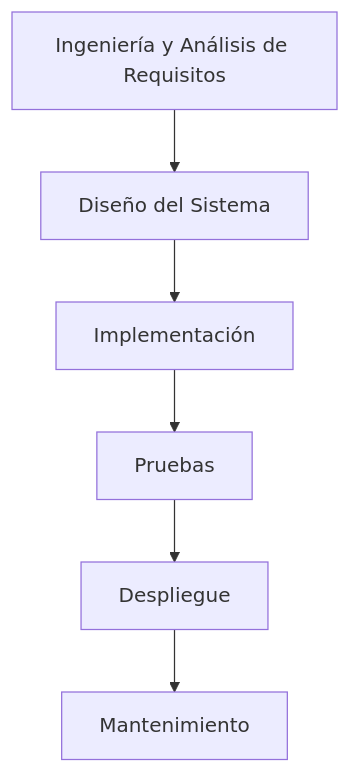
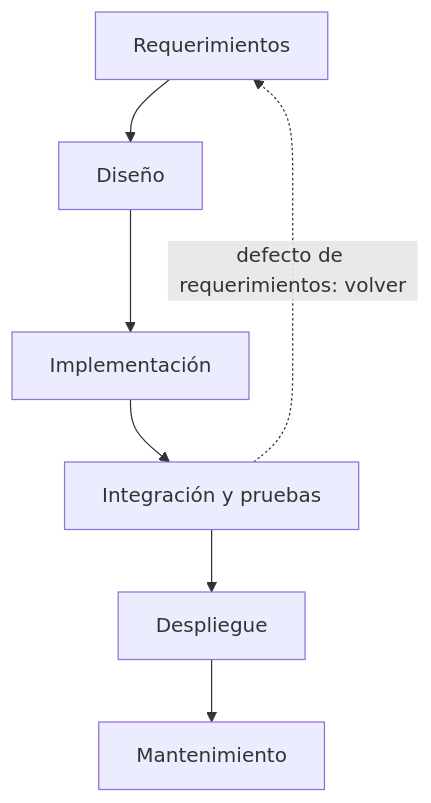
The diagram in public/documents/semester-6/1/6131.md (djaimej/computer-science-template), drawn with Mermaid before and after one commit. The commit also changed other lines of this file and 5 other files, not shown here.

````diff
--- a/public/documents/semester-6/1/6131.md
+++ b/public/documents/semester-6/1/6131.md
@@ -15,8 +26,9 @@
 ```mermaid
 flowchart TD
-    A[Ingeniería y Análisis de Requisitos] --> B[Diseño del Sistema]
-    B --> C[Implementación]
-    C --> D[Pruebas]
-    D --> E[Despliegue]
-    E --> F[Mantenimiento]
+    A["Requerimientos"] --> B["Diseño"]
+    B --> C["Implementación"]
+    C --> D["Integración y pruebas"]
+    D --> E["Despliegue"]
+    E --> F["Mantenimiento"]
+    D -.->|"defecto de requerimientos: volver"| A
 ```
````
